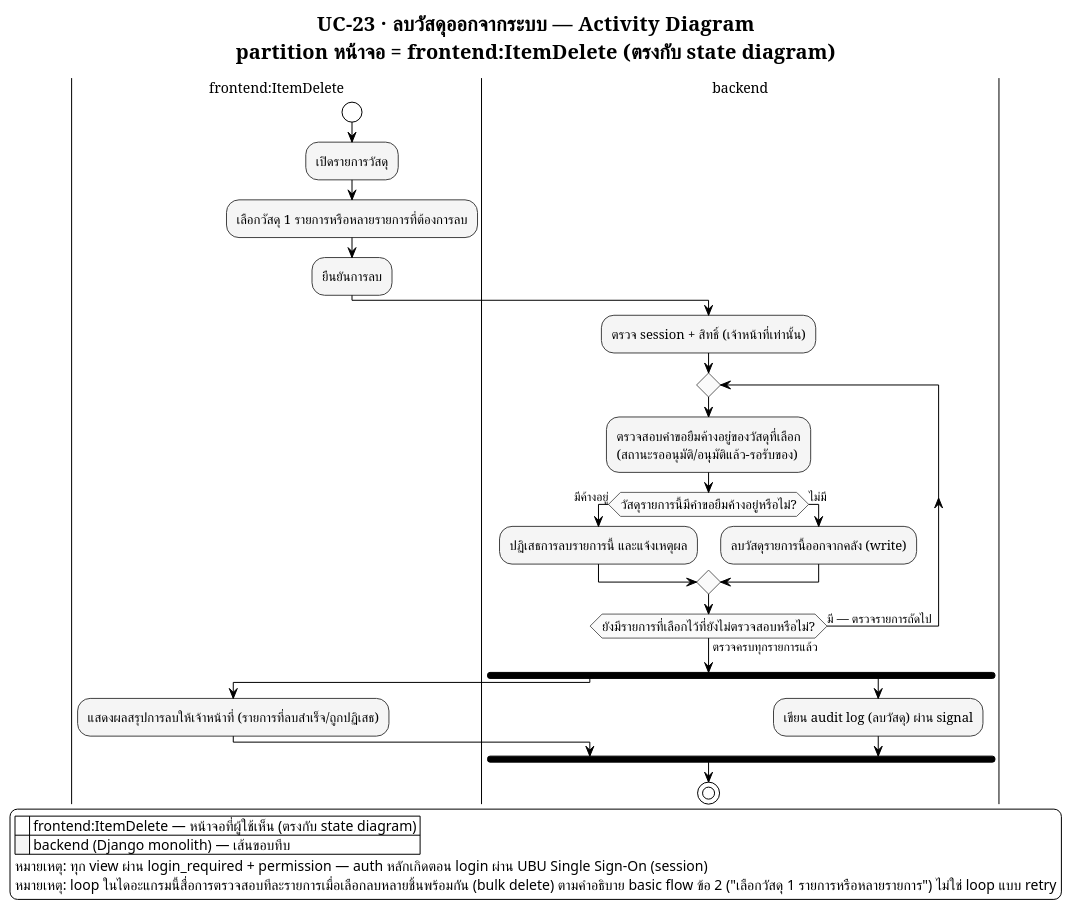
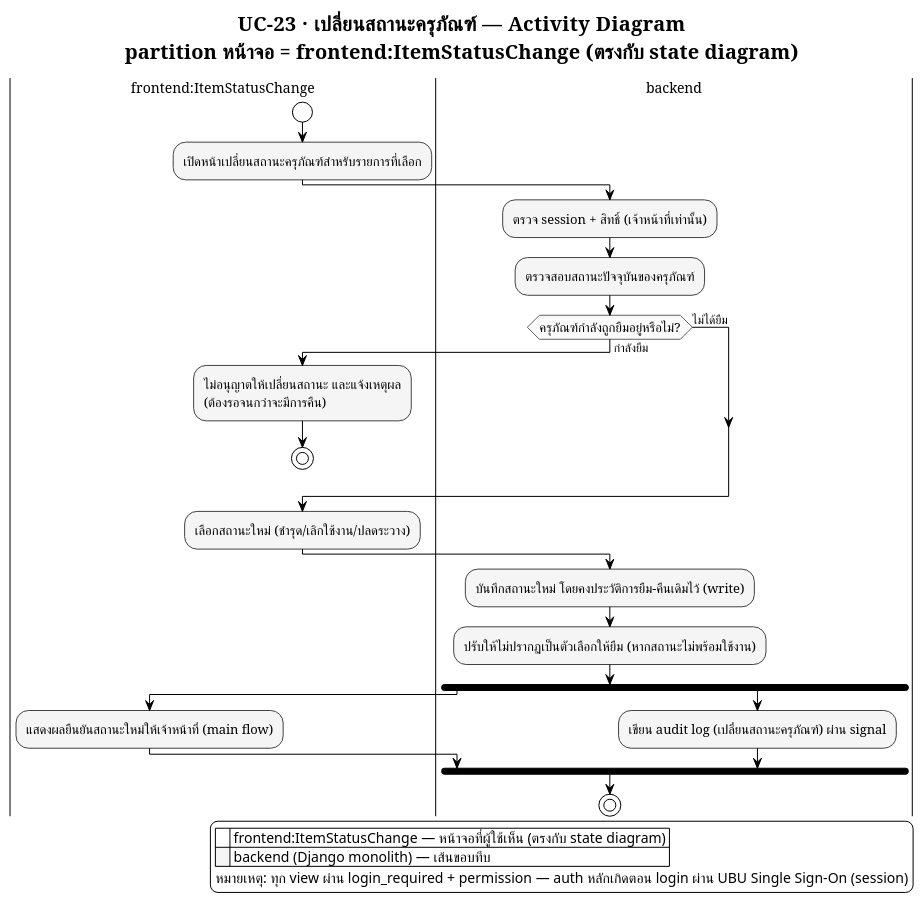
The diagram in docs/proposal/usecase/activity_module7_uc23.puml (patlnwza-007/project-2569), drawn with PlantUML before and after one commit. The commit also changed 176 other files, not shown here.

```diff
--- a/docs/proposal/usecase/activity_module7_uc23.puml
+++ b/docs/proposal/usecase/activity_module7_uc23.puml
@@ -1,75 +1,77 @@
 @startuml activity_module7_uc23
 ' ══════════════════════════════════════════════════════════════════
 ' รองรับภาษาไทย — อ่านก่อน render:
 ' 1. บันทึกไฟล์นี้เป็น UTF-8 (ไม่ต้องมี BOM) เสมอ
 ' 2. ถ้า render ผ่าน CLI (plantuml.jar) ต้องระบุ flag encoding ด้วย:
-'      java -Dfile.encoding=UTF-8 -jar plantuml.jar -charset UTF-8 activity_staff_inventory_item_delete.puml
+'      java -Dfile.encoding=UTF-8 -jar plantuml.jar -charset UTF-8 activity_staff_inventory_item_status_change.puml
 ' 3. บังคับใช้ Smetana (pure-Java layout engine) แทน Graphviz/dot
 '    เพราะ Graphviz บางระบบ (โดยเฉพาะ Windows) อ่าน UTF-8 ไม่ตรง ทำให้ตัวอักษรไทยเพี้ยน/หาย
 !pragma layout smetana
 ' 4. ฟอนต์ที่มีสระ/วรรณยุกต์ไทยครบและ render ผ่าน Java ได้เสถียร
 '    - Windows: "TH Sarabun New" (ฟอนต์มาตรฐานราชการ) หรือ "Tahoma" (มากับเครื่องอยู่แล้ว)
 '    - Linux / PlantUML online server: เปลี่ยนเป็น "Noto Sans Thai" หรือ "Loma"
 skinparam defaultFontName "TH Sarabun New"
 skinparam defaultFontSize 14
 ' ══════════════════════════════════════════════════════════════════
 
 !theme plain
 skinparam titleFontName "TH Sarabun New"
 skinparam titleFontSize 20
 skinparam noteFontName "TH Sarabun New"
 skinparam ArrowFontName "TH Sarabun New"
 skinparam ArrowFontSize 12
 skinparam swimlaneTitleFontName "TH Sarabun New"
 skinparam swimlaneTitleFontSize 14
 
 ' ===== Monochrome เท่านั้น — ห้ามให้แต่ละ partition มีสีต่างกัน =====
 skinparam activity {
   BackgroundColor #F5F5F5
   BorderColor #424242
   FontName "TH Sarabun New"
   FontSize 13
   DiamondBackgroundColor #FAFAFA
   DiamondBorderColor #616161
 }
 
-title UC-23 · ลบวัสดุออกจากระบบ — Activity Diagram\npartition หน้าจอ = frontend:ItemDelete (ตรงกับ state diagram)
+title UC-23 · เปลี่ยนสถานะครุภัณฑ์ — Activity Diagram\npartition หน้าจอ = frontend:ItemStatusChange (ตรงกับ state diagram)
 
 ' หมายเหตุ: สมมติว่าเจ้าหน้าที่ login แล้ว (session) — ไม่ต้องวาด OAuth/SSO ซ้ำใน flow ทั่วไป
-|frontend:ItemDelete|
+|frontend:ItemStatusChange|
 start
-:เปิดรายการวัสดุ;
-:เลือกวัสดุ 1 รายการหรือหลายรายการที่ต้องการลบ;
-:ยืนยันการลบ;
+:เปิดหน้าเปลี่ยนสถานะครุภัณฑ์สำหรับรายการที่เลือก;
 
 |backend|
 :ตรวจ session + สิทธิ์ (เจ้าหน้าที่เท่านั้น);
+:ตรวจสอบสถานะปัจจุบันของครุภัณฑ์;
 
-' ===== วนตรวจสอบรายการที่เลือกทีละรายการ (รองรับกรณีลบหลายชิ้นพร้อมกัน) =====
-repeat
-  :ตรวจสอบคำขอยืมค้างอยู่ของวัสดุที่เลือก\n(สถานะรออนุมัติ/อนุมัติแล้ว-รอรับของ);
-  if (วัสดุรายการนี้มีคำขอยืมค้างอยู่หรือไม่?) then (มีค้างอยู่)
-    :ปฏิเสธการลบรายการนี้ และแจ้งเหตุผล;
-  else (ไม่มี)
-    :ลบวัสดุรายการนี้ออกจากคลัง (write);
-  endif
-repeat while (ยังมีรายการที่เลือกไว้ที่ยังไม่ตรวจสอบหรือไม่?) is (มี — ตรวจรายการถัดไป) not (ตรวจครบทุกรายการแล้ว)
+if (ครุภัณฑ์กำลังถูกยืมอยู่หรือไม่?) then (กำลังยืม)
+  |frontend:ItemStatusChange|
+  :ไม่อนุญาตให้เปลี่ยนสถานะ และแจ้งเหตุผล\n(ต้องรอจนกว่าจะมีการคืน);
+  stop
+else (ไม่ได้ยืม)
+endif
+
+|frontend:ItemStatusChange|
+:เลือกสถานะใหม่ (ชำรุด/เลิกใช้งาน/ปลดระวาง);
+
+|backend|
+:บันทึกสถานะใหม่ โดยคงประวัติการยืม-คืนเดิมไว้ (write);
+:ปรับให้ไม่ปรากฏเป็นตัวเลือกให้ยืม (หากสถานะไม่พร้อมใช้งาน);
 
 fork
-  |frontend:ItemDelete|
-  :แสดงผลสรุปการลบให้เจ้าหน้าที่ (รายการที่ลบสำเร็จ/ถูกปฏิเสธ);
+  |frontend:ItemStatusChange|
+  :แสดงผลยืนยันสถานะใหม่ให้เจ้าหน้าที่ (main flow);
 fork again
   |backend|
-  :เขียน audit log (ลบวัสดุ) ผ่าน signal;
+  :เขียน audit log (เปลี่ยนสถานะครุภัณฑ์) ผ่าน signal;
 end fork
 
 stop
 
 legend right
-  |<back:white>    </back>| frontend:ItemDelete — หน้าจอที่ผู้ใช้เห็น (ตรงกับ state diagram) |
+  |<back:white>    </back>| frontend:ItemStatusChange — หน้าจอที่ผู้ใช้เห็น (ตรงกับ state diagram) |
   |<back:#F5F5F5>    </back>| backend (Django monolith) — เส้นขอบทึบ |
   หมายเหตุ: ทุก view ผ่าน login_required + permission — auth หลักเกิดตอน login ผ่าน UBU Single Sign-On (session)
-  หมายเหตุ: loop ในไดอะแกรมนี้สื่อการตรวจสอบทีละรายการเมื่อเลือกลบหลายชิ้นพร้อมกัน (bulk delete) ตามคำอธิบาย basic flow ข้อ 2 ("เลือกวัสดุ 1 รายการหรือหลายรายการ") ไม่ใช่ loop แบบ retry
 endlegend
 
 @enduml
```
